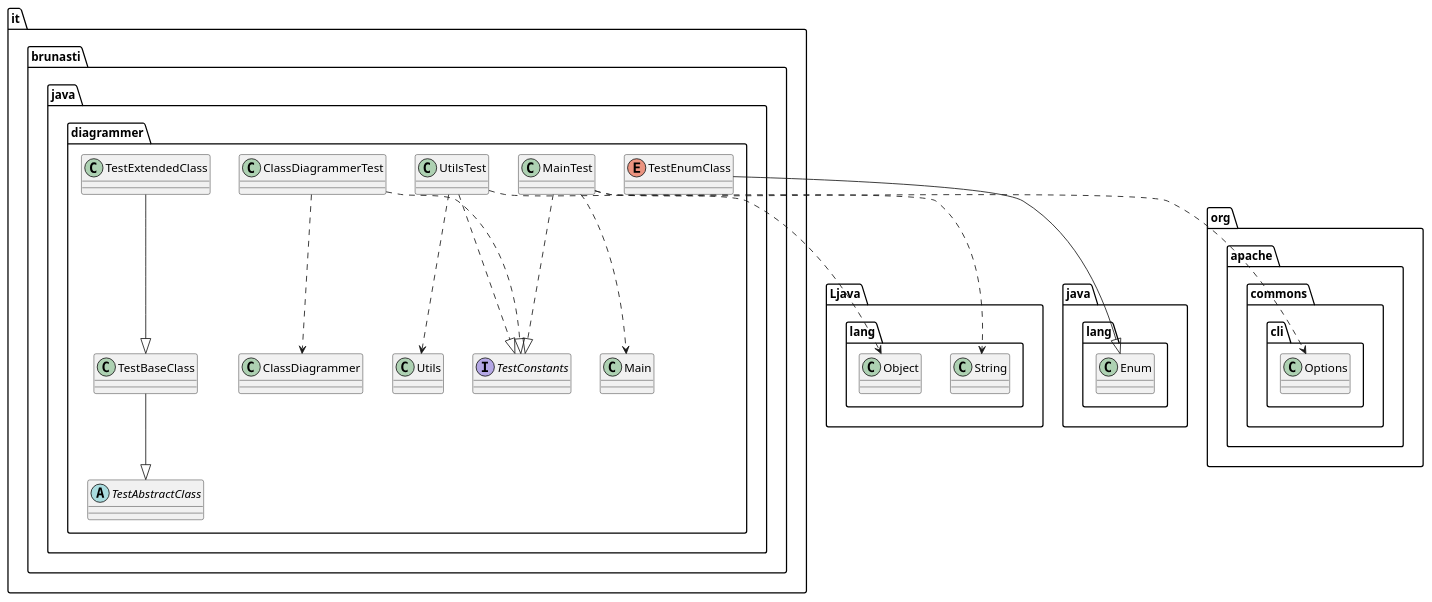
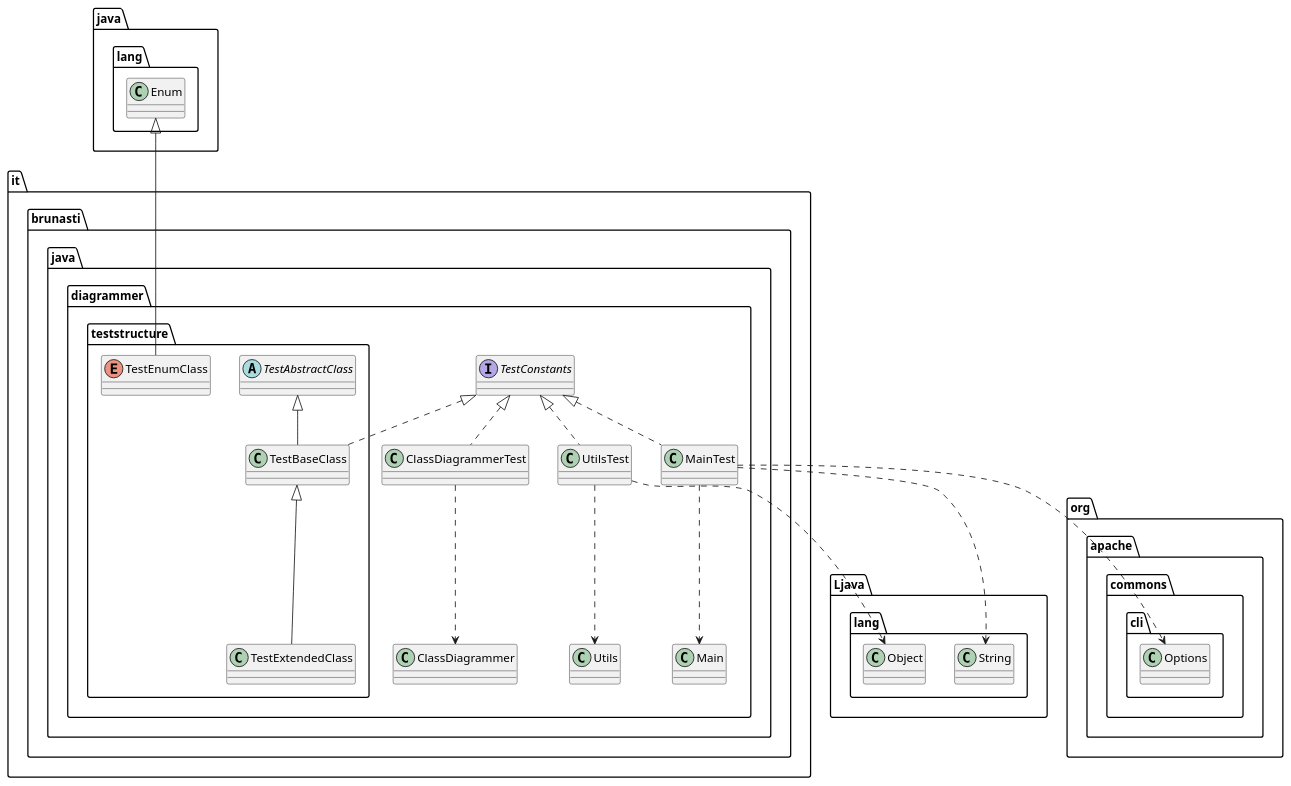
Before and after one commit to brunasti/java-diagrammer: the diagram in temp/output-test.puml, drawn with PlantUML. The commit also changed 12 other files, not shown here.

```diff
--- a/temp/output-test.puml
+++ b/temp/output-test.puml
@@ -1,43 +1,44 @@
 @startuml
 'https://plantuml.com/class-diagram
 
 ' GENERATE CLASS DIAGRAM ===========
 ' Generator       : it.brunasti.java.diagrammer.ClassDiagrammer
 ' Path            : [./target/test-classes]
 ' Configuration   : []
-' Generated at    : Mon Mar 25 14:28:11 CET 2024
+' Generated at    : Mon Mar 25 15:34:12 CET 2024
 
 
 
 ' CLASSES =======
 class it.brunasti.java.diagrammer.ClassDiagrammerTest
 class it.brunasti.java.diagrammer.UtilsTest
-class it.brunasti.java.diagrammer.TestBaseClass
-enum it.brunasti.java.diagrammer.TestEnumClass
 interface it.brunasti.java.diagrammer.TestConstants
+abstract it.brunasti.java.diagrammer.teststructure.TestAbstractClass
+class it.brunasti.java.diagrammer.teststructure.TestBaseClass
+enum it.brunasti.java.diagrammer.teststructure.TestEnumClass
+class it.brunasti.java.diagrammer.teststructure.TestExtendedClass
 class it.brunasti.java.diagrammer.MainTest
-class it.brunasti.java.diagrammer.TestExtendedClass
-abstract it.brunasti.java.diagrammer.TestAbstractClass
 
 ' INHERITANCES =======
-it.brunasti.java.diagrammer.TestBaseClass --|> it.brunasti.java.diagrammer.TestAbstractClass
-it.brunasti.java.diagrammer.TestEnumClass --|> java.lang.Enum
-it.brunasti.java.diagrammer.TestExtendedClass --|> it.brunasti.java.diagrammer.TestBaseClass
+it.brunasti.java.diagrammer.teststructure.TestAbstractClass <|-- it.brunasti.java.diagrammer.teststructure.TestBaseClass
+java.lang.Enum <|-- it.brunasti.java.diagrammer.teststructure.TestEnumClass
+it.brunasti.java.diagrammer.teststructure.TestBaseClass <|-- it.brunasti.java.diagrammer.teststructure.TestExtendedClass
 
 ' IMPLEMENT INTERFACE =======
-it.brunasti.java.diagrammer.ClassDiagrammerTest ..|> it.brunasti.java.diagrammer.TestConstants
-it.brunasti.java.diagrammer.UtilsTest ..|> it.brunasti.java.diagrammer.TestConstants
-it.brunasti.java.diagrammer.MainTest ..|> it.brunasti.java.diagrammer.TestConstants
+it.brunasti.java.diagrammer.TestConstants <|.. it.brunasti.java.diagrammer.ClassDiagrammerTest
+it.brunasti.java.diagrammer.TestConstants <|.. it.brunasti.java.diagrammer.UtilsTest
+it.brunasti.java.diagrammer.TestConstants <|.. it.brunasti.java.diagrammer.teststructure.TestBaseClass
+it.brunasti.java.diagrammer.TestConstants <|.. it.brunasti.java.diagrammer.MainTest
 
 ' FIELDS =======
 
 ' USES =======
 it.brunasti.java.diagrammer.ClassDiagrammerTest ..> it.brunasti.java.diagrammer.ClassDiagrammer
 it.brunasti.java.diagrammer.UtilsTest ..> it.brunasti.java.diagrammer.Utils
 it.brunasti.java.diagrammer.UtilsTest ..> Ljava.lang.Object
 it.brunasti.java.diagrammer.MainTest ..> it.brunasti.java.diagrammer.Main
 it.brunasti.java.diagrammer.MainTest ..> Ljava.lang.String
 it.brunasti.java.diagrammer.MainTest ..> org.apache.commons.cli.Options
 
 
 @enduml
```
